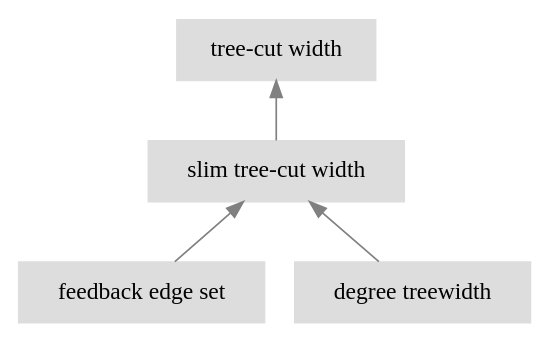
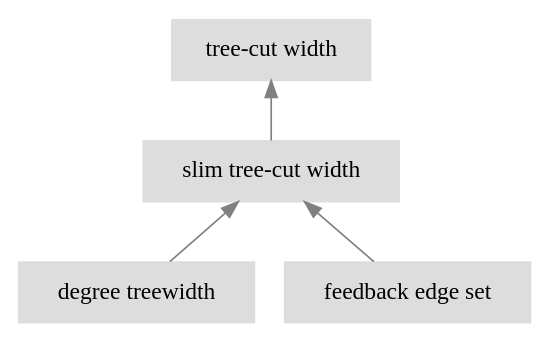
Before and after one commit to vaclavblazej/parameters: the diagram in content/drawing_7g1aTu_0.dot, drawn with Graphviz. The commit also changed other lines of this file and 725 other files, not shown here.

```diff
--- a/content/drawing_7g1aTu_0.dot
+++ b/content/drawing_7g1aTu_0.dot
@@ -1,12 +1,12 @@
 digraph drawing_7g1aTu_0 {
 	node [color=lightblue2 style=filled]
 	margin=0.04 size="6,6"
 	rankdir = BT
+	"n_oFvl4c" [label="slim tree-cut width" URL="/parameters/html/oFvl4c" color="#dddddd" shape=box]
+	"n_nCWUh3" [label="degree treewidth" URL="/parameters/html/nCWUh3" color="#dddddd" shape=box]
 	"n_HTk9PZ" [label="feedback edge set" URL="/parameters/html/HTk9PZ" color="#dddddd" shape=box]
-	"n_oFvl4c" [label="slim tree-cut width" URL="/parameters/html/oFvl4c" color="#dddddd" shape=box]
 	"n_8CgU0P" [label="tree-cut width" URL="/parameters/html/8CgU0P" color="#dddddd" shape=box]
-	"n_nCWUh3" [label="degree treewidth" URL="/parameters/html/nCWUh3" color="#dddddd" shape=box]
 	"n_nCWUh3" -> "n_oFvl4c" [label="" decorate=true lblstyle="above, sloped" color="gray" weight="1"]
 	"n_HTk9PZ" -> "n_oFvl4c" [label="" decorate=true lblstyle="above, sloped" color="gray" weight="1"]
 	"n_oFvl4c" -> "n_8CgU0P" [label="" decorate=true lblstyle="above, sloped" color="gray" weight="1"]
 }
```
